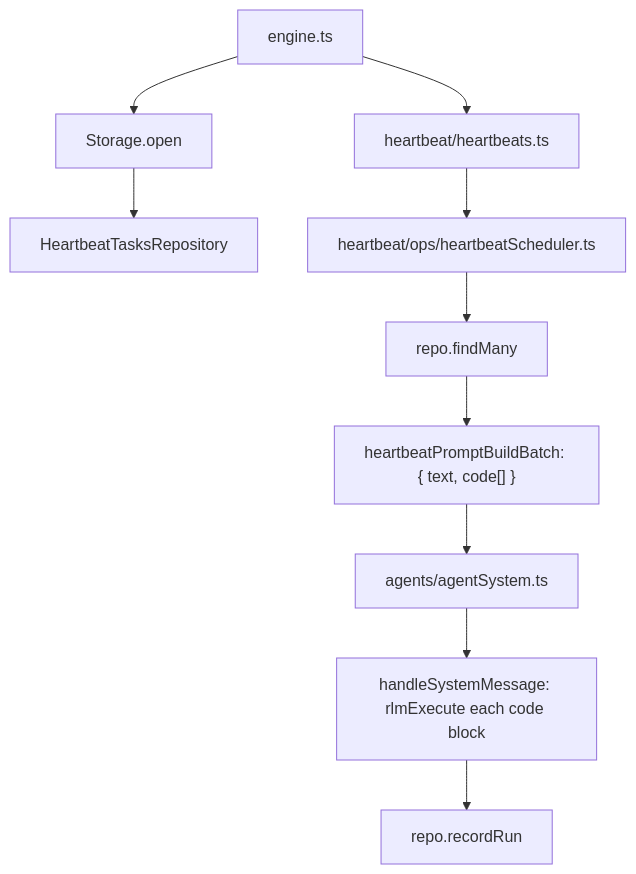
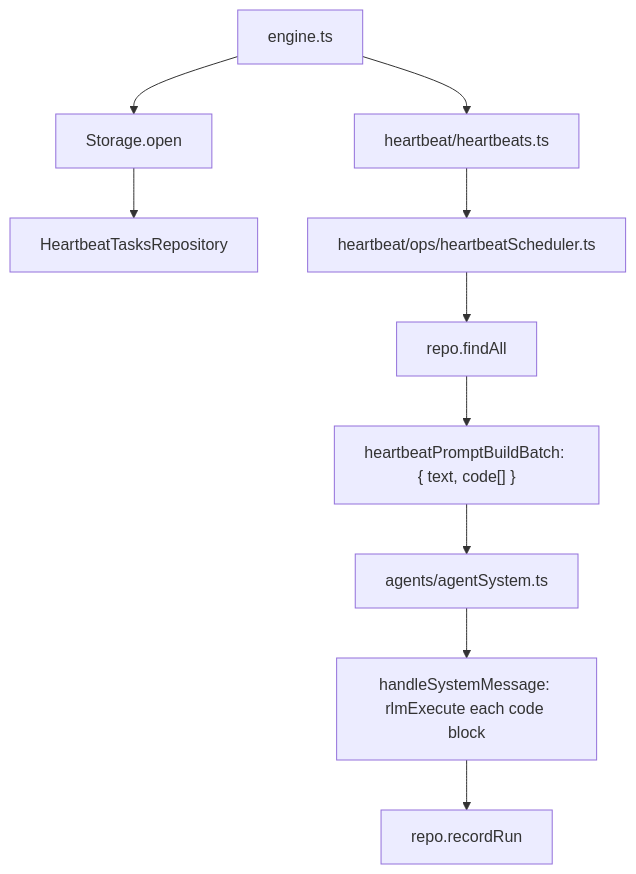
One commit to ex3ndr/daycare changed the diagram in doc/internals/heartbeat.md. Above: the diagram before and after it, drawn with Mermaid. The commit also changed other lines of this file and 48 other files, not shown here.

````diff
--- a/doc/internals/heartbeat.md
+++ b/doc/internals/heartbeat.md
@@ -21,12 +24,12 @@
 ```mermaid
 flowchart TD
   Engine[engine.ts] --> Storage[Storage.open]
   Storage --> Repo[HeartbeatTasksRepository]
   Engine --> Heartbeats[heartbeat/heartbeats.ts]
   Heartbeats --> Scheduler[heartbeat/ops/heartbeatScheduler.ts]
-  Scheduler --> Load[repo.findMany]
+  Scheduler --> Load[repo.findAll]
   Load --> Batch["heartbeatPromptBuildBatch: { text, code[] }"]
   Batch --> AgentSystem[agents/agentSystem.ts]
   AgentSystem --> RLM["handleSystemMessage: rlmExecute each code block"]
   RLM --> Persist[repo.recordRun]
 ```
````
